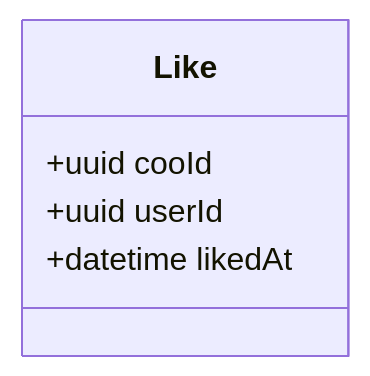
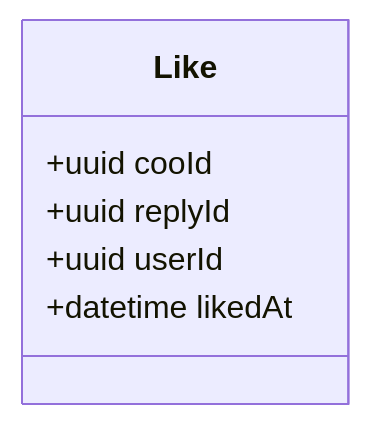
One commit to xshcoder/coo changed the fourth of 6 diagrams in poc/README.md. Above: the diagram before and after it, drawn with Mermaid. The commit also changed other lines of this file, not shown here.

````diff
--- a/poc/README.md
+++ b/poc/README.md
@@ -133,8 +141,9 @@
 ```mermaid
 classDiagram
     class Like {
         +uuid cooId
+        +uuid replyId
         +uuid userId
         +datetime likedAt
     }
 ```
````
